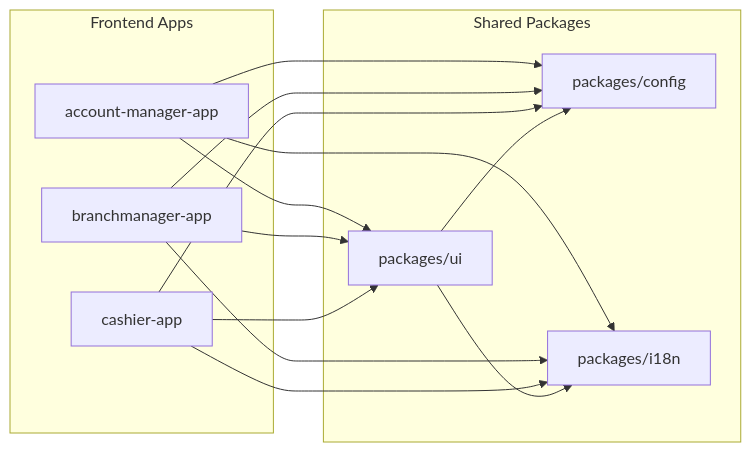
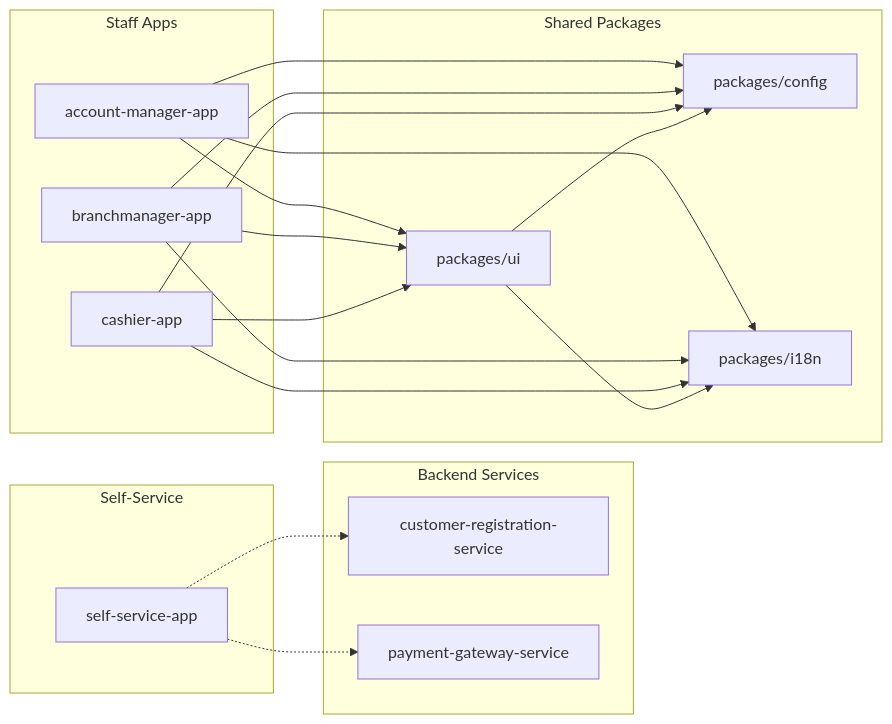
The sixth of 8 diagrams in docs/architecture-guide.md (ADORSYS-GIS/fineract-apps), drawn with Mermaid before and after one commit. The commit also changed other lines of this file and 13 other files, not shown here.

First line of the commit message:
feat(self-service): add KYC document upload and update architecture docs

````diff
--- a/docs/architecture-guide.md
+++ b/docs/architecture-guide.md
@@ -9,28 +185,40 @@
 ```mermaid
 graph LR;
-    subgraph Frontend Apps
+    subgraph Staff Apps
         A[account-manager-app]
         B[branchmanager-app]
         C[cashier-app]
+    end
+
+    subgraph Self-Service
+        SSA[self-service-app]
+    end
+
+    subgraph Backend Services
+        CRS[customer-registration-service]
+        PGS[payment-gateway-service]
     end
 
     subgraph Shared Packages
         UI[packages/ui]
         Config[packages/config]
         I18n[packages/i18n]
     end
 
     A --> UI;
     B --> UI;
     C --> UI;
 
     A --> Config;
     B --> Config;
     C --> Config;
     UI --> Config;
 
     A --> I18n;
     B --> I18n;
     C --> I18n;
     UI --> I18n;
+
+    SSA -.-> CRS;
+    SSA -.-> PGS;
 ```
````
